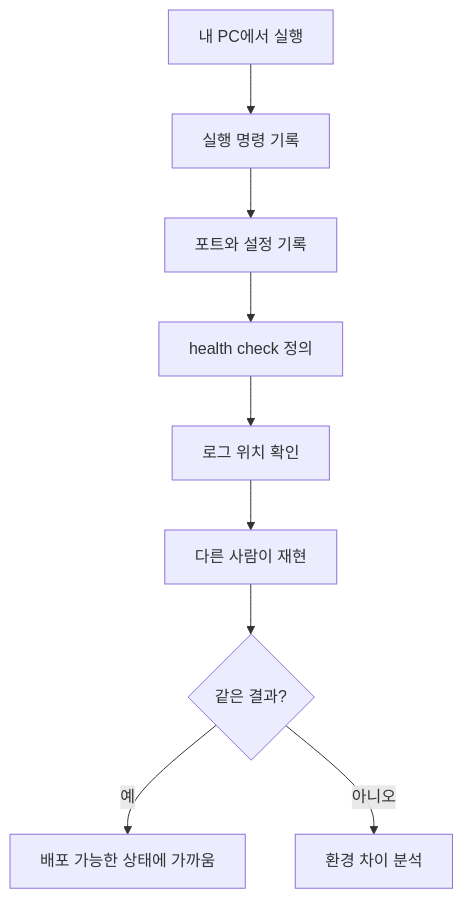
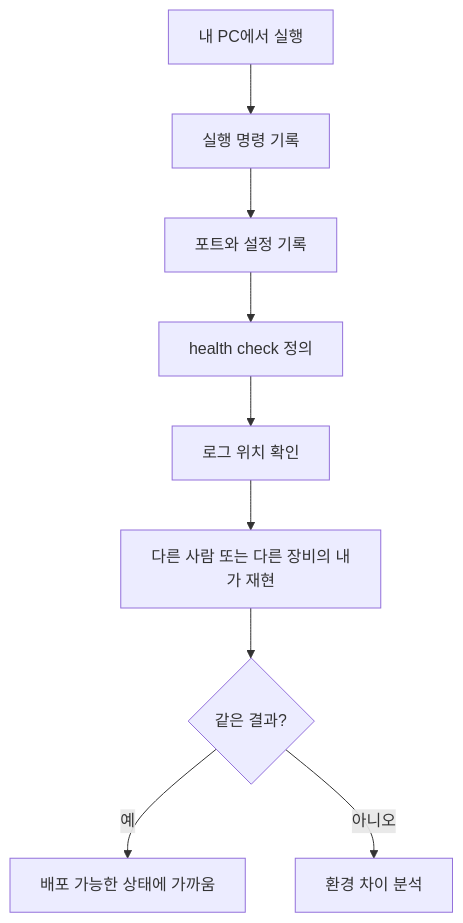
One commit to niceguy61/kdt_devops_lecture_2026_rev2 changed the diagram in week1/day3/lesson-01.md. Above: the diagram before and after it, drawn with Mermaid. The commit also changed other lines of this file, not shown here.

````diff
--- a/week1/day3/lesson-01.md
+++ b/week1/day3/lesson-01.md
@@ -107,11 +132,11 @@
 ```mermaid
 flowchart TD
     A["내 PC에서 실행"] --> B["실행 명령 기록"]
     B --> C["포트와 설정 기록"]
     C --> D["health check 정의"]
     D --> E["로그 위치 확인"]
-    E --> F["다른 사람이 재현"]
+    E --> F["다른 사람 또는 다른 장비의 내가 재현"]
     F --> G{"같은 결과?"}
     G -- "예" --> H["배포 가능한 상태에 가까움"]
     G -- "아니오" --> I["환경 차이 분석"]
 ```
````
